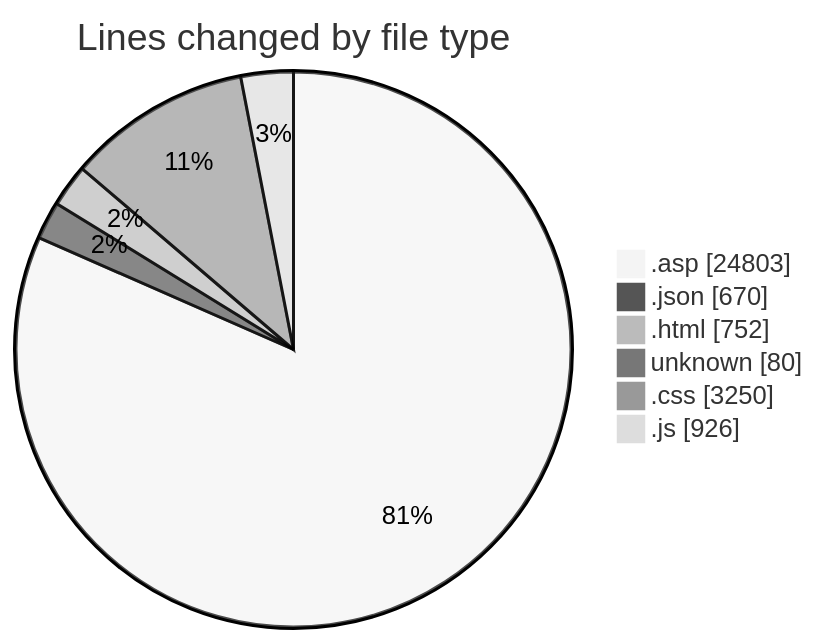
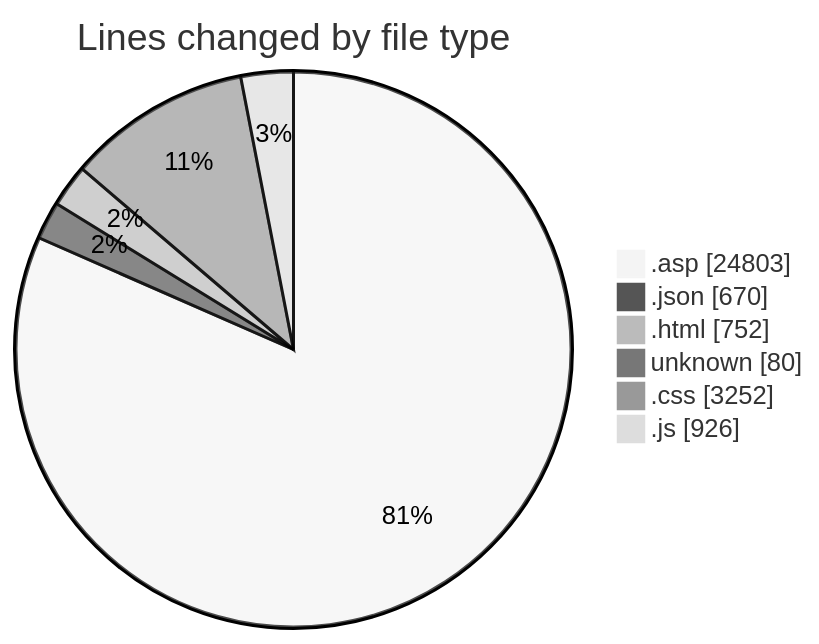
Before and after one commit to julien-gomy/code-tracking: the first of 2 diagrams in 2025-11-01/cdp_aleoudev_fr__workspace_/README.md, drawn with Mermaid (neutral theme). The commit also changed other lines of this file and 1 other file, not shown here.

````diff
--- a/2025-11-01/cdp_aleoudev_fr__workspace_/README.md
+++ b/2025-11-01/cdp_aleoudev_fr__workspace_/README.md
@@ -38,10 +38,10 @@
 ```mermaid
 pie showData
 title Lines changed by file type
 ".asp" : 24803
 ".json" : 670
 ".html" : 752
 "unknown" : 80
-".css" : 3250
+".css" : 3252
 ".js" : 926
 ```
````
